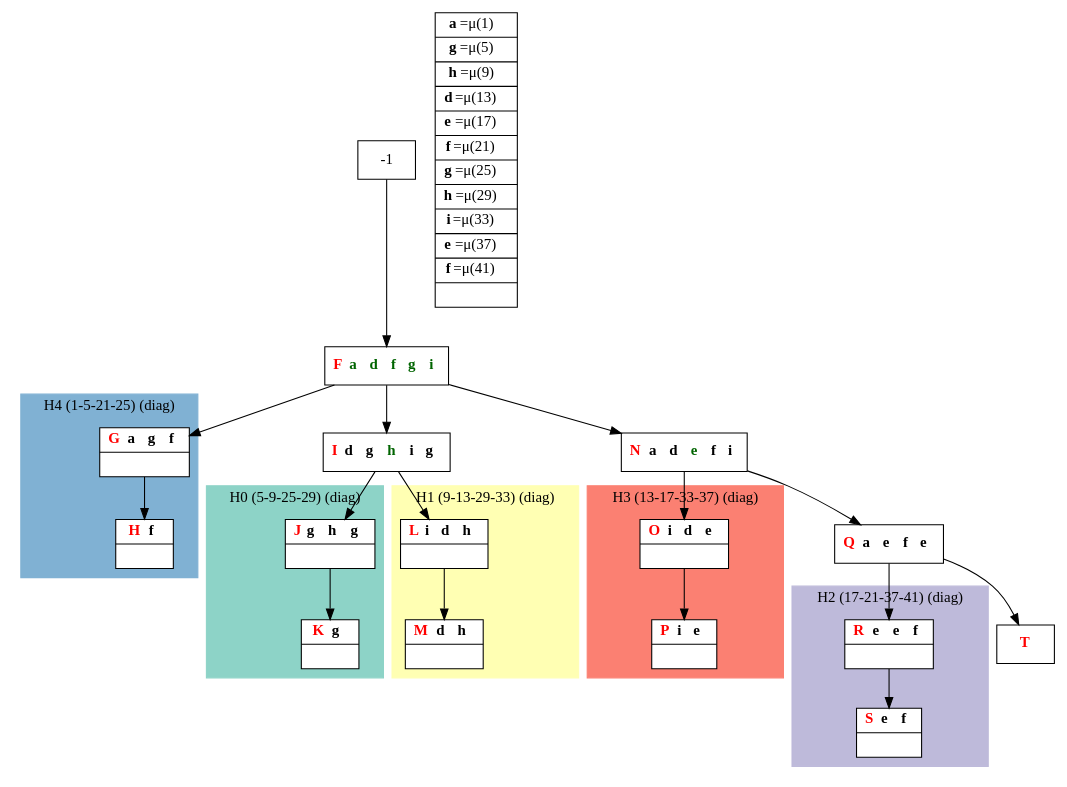
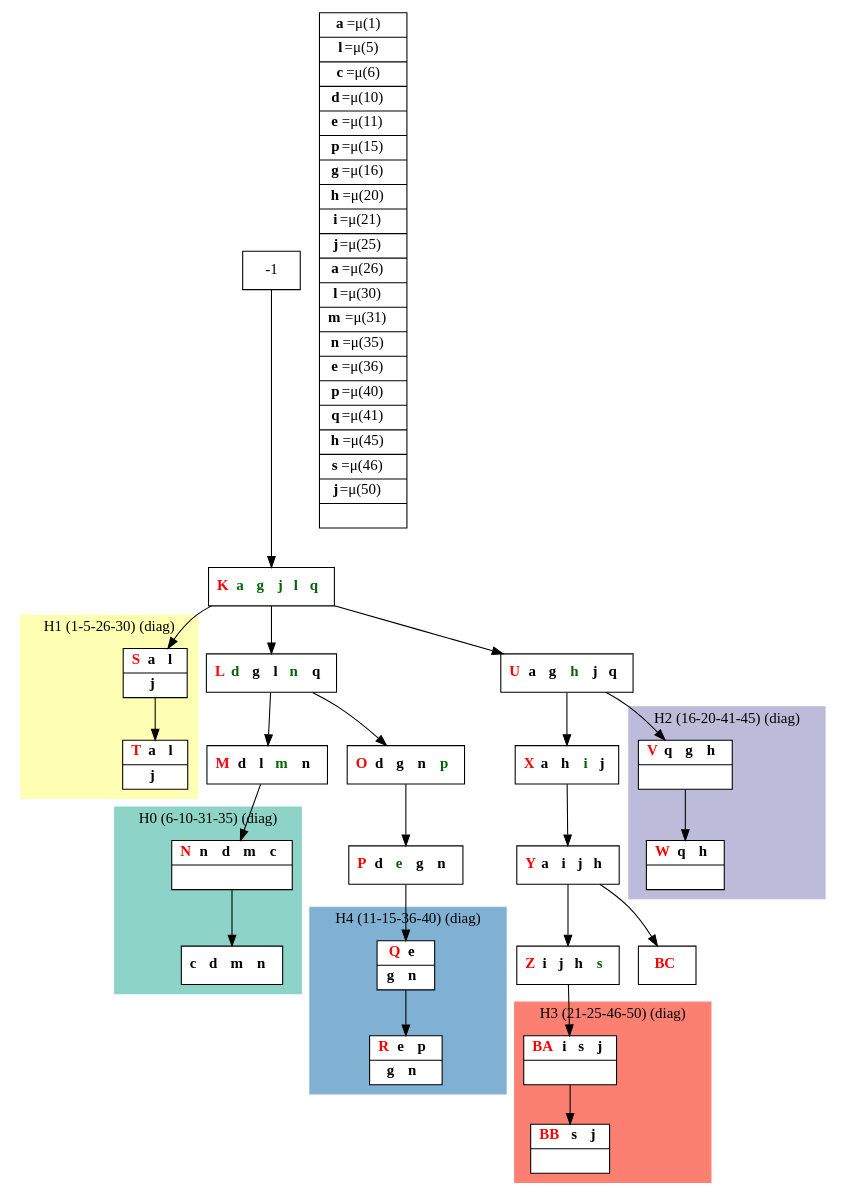
Before and after one commit to bmarchand/auto-dp: the diagram in results/compact_dot_files/compact_K5_letters.dot, drawn with Graphviz. The commit also changed 71 other files, not shown here.

```diff
--- a/results/compact_dot_files/compact_K5_letters.dot
+++ b/results/compact_dot_files/compact_K5_letters.dot
@@ -1,69 +1,79 @@
 digraph G {
     node [shape=box];
     subgraph cluster0 {
         node [style=filled,fillcolor=white];
         labeljust="l";
         style=filled;
         color="#8DD3C7";
         H0_0 -> H0_5;
-        label="H0 (5-9-25-29) (diag)";
+        label="H0 (6-10-31-35) (diag)";
     }
     subgraph cluster1 {
         node [style=filled,fillcolor=white];
         labeljust="l";
         style=filled;
         color="#FFFFB3";
-        H1_0 -> H1_5;
-        label="H1 (9-13-29-33) (diag)";
+        H1_0 -> H1_7;
+        label="H1 (1-5-26-30) (diag)";
     }
     subgraph cluster2 {
         node [style=filled,fillcolor=white];
         labeljust="l";
         style=filled;
         color="#BEBADA";
         H2_0 -> H2_5;
-        label="H2 (17-21-37-41) (diag)";
+        label="H2 (16-20-41-45) (diag)";
     }
     subgraph cluster3 {
         node [style=filled,fillcolor=white];
         labeljust="l";
         style=filled;
         color="#FB8072";
         H3_0 -> H3_5;
-        label="H3 (13-17-33-37) (diag)";
+        label="H3 (21-25-46-50) (diag)";
     }
     subgraph cluster4 {
         node [style=filled,fillcolor=white];
         labeljust="l";
         style=filled;
         color="#80B1D3";
-        H4_0 -> H4_5;
-        label="H4 (1-5-21-25) (diag)";
+        H4_0 -> H4_7;
+        label="H4 (11-15-36-40) (diag)";
     }
-     1 [shape=record,label= <{  <FONT COLOR="RED"><b>F</b></FONT> <b><FONT COLOR="DARKGREEN">a </FONT></b> <b><FONT COLOR="DARKGREEN">d </FONT></b> <b><FONT COLOR="DARKGREEN">f </FONT></b> <b><FONT COLOR="DARKGREEN">g </FONT></b> <b><FONT COLOR="DARKGREEN">i </FONT></b>}> ];
+     1 [shape=record,label= <{  <FONT COLOR="RED"><b>K</b></FONT> <b><FONT COLOR="DARKGREEN">a </FONT></b> <b><FONT COLOR="DARKGREEN">g </FONT></b> <b><FONT COLOR="DARKGREEN">j </FONT></b> <b><FONT COLOR="DARKGREEN">l </FONT></b> <b><FONT COLOR="DARKGREEN">q </FONT></b>}> ];
      -1  ->  1;
-     H4_0 [shape=record,label= <{  <FONT COLOR="RED"><b>G</b></FONT> <b>a </b> <b>g </b> <b>f </b>| }> ];
-     1  ->  H4_0;
-     H4_5 [shape=record,label= <{  <FONT COLOR="RED"><b>H</b></FONT> <b>f </b>| }> ];
-     8 [shape=record,label= <{  <FONT COLOR="RED"><b>I</b></FONT> <b>d </b> <b>g </b> <b><FONT COLOR="DARKGREEN">h </FONT></b> <b>i </b> <b>g </b>}> ];
-     1  ->  8;
-     H0_0 [shape=record,label= <{  <FONT COLOR="RED"><b>J</b></FONT> <b>g </b> <b>h </b> <b>g </b>| }> ];
-     8  ->  H0_0;
-     H0_5 [shape=record,label= <{  <FONT COLOR="RED"><b>K</b></FONT> <b>g </b>| }> ];
-     H1_0 [shape=record,label= <{  <FONT COLOR="RED"><b>L</b></FONT> <b>i </b> <b>d </b> <b>h </b>| }> ];
-     8  ->  H1_0;
-     H1_5 [shape=record,label= <{  <FONT COLOR="RED"><b>M</b></FONT> <b>d </b> <b>h </b>| }> ];
-     21 [shape=record,label= <{  <FONT COLOR="RED"><b>N</b></FONT> <b>a </b> <b>d </b> <b><FONT COLOR="DARKGREEN">e </FONT></b> <b>f </b> <b>i </b>}> ];
-     1  ->  21;
-     H3_0 [shape=record,label= <{  <FONT COLOR="RED"><b>O</b></FONT> <b>i </b> <b>d </b> <b>e </b>| }> ];
-     21  ->  H3_0;
-     H3_5 [shape=record,label= <{  <FONT COLOR="RED"><b>P</b></FONT> <b>i </b> <b>e </b>| }> ];
-     30 [shape=record,label= <{  <FONT COLOR="RED"><b>Q</b></FONT> <b>a </b> <b>e </b> <b>f </b> <b>e </b>}> ];
-     21  ->  30;
-     H2_0 [shape=record,label= <{  <FONT COLOR="RED"><b>R</b></FONT> <b>e </b> <b>e </b> <b>f </b>| }> ];
-     30  ->  H2_0;
-     H2_5 [shape=record,label= <{  <FONT COLOR="RED"><b>S</b></FONT> <b>e </b> <b>f </b>| }> ];
-     _1 [shape=record,label= <{  <FONT COLOR="RED"><b>T</b></FONT>}> ];
-     30  ->  _1;
-    labels [shape=record,label= <{<b>a</b>=&#956;(1) | <b>g</b>=&#956;(5) | <b>h</b>=&#956;(9) | <b>d</b>=&#956;(13) | <b>e</b>=&#956;(17) | <b>f</b>=&#956;(21) | <b>g</b>=&#956;(25) | <b>h</b>=&#956;(29) | <b>i</b>=&#956;(33) | <b>e</b>=&#956;(37) | <b>f</b>=&#956;(41) | }> ];
+     10 [shape=record,label= <{  <FONT COLOR="RED"><b>L</b></FONT> <b><FONT COLOR="DARKGREEN">d </FONT></b> <b>g </b> <b>l </b> <b><FONT COLOR="DARKGREEN">n </FONT></b> <b>q </b>}> ];
+     1  ->  10;
+     11 [shape=record,label= <{  <FONT COLOR="RED"><b>M</b></FONT> <b>d </b> <b>l </b> <b><FONT COLOR="DARKGREEN">m </FONT></b> <b>n </b>}> ];
+     10  ->  11;
+     H0_0 [shape=record,label= <{  <FONT COLOR="RED"><b>N</b></FONT> <b>n </b> <b>d </b> <b>m </b> <b>c </b>| }> ];
+     11  ->  H0_0;
+     H0_5 [shape=record,label= <{ <b>c </b> <b>d </b> <b>m </b> <b>n </b>}> ];
+     18 [shape=record,label= <{  <FONT COLOR="RED"><b>O</b></FONT> <b>d </b> <b>g </b> <b>n </b> <b><FONT COLOR="DARKGREEN">p </FONT></b>}> ];
+     10  ->  18;
+     19 [shape=record,label= <{  <FONT COLOR="RED"><b>P</b></FONT> <b>d </b> <b><FONT COLOR="DARKGREEN">e </FONT></b> <b>g </b> <b>n </b>}> ];
+     18  ->  19;
+     H4_0 [shape=record,label= <{  <FONT COLOR="RED"><b>Q</b></FONT> <b>e </b>|  <b>g </b> <b>n </b>}> ];
+     19  ->  H4_0;
+     H4_7 [shape=record,label= <{  <FONT COLOR="RED"><b>R</b></FONT> <b>e </b> <b>p </b>|  <b>g </b> <b>n </b>}> ];
+     H1_0 [shape=record,label= <{  <FONT COLOR="RED"><b>S</b></FONT> <b>a </b> <b>l </b>|  <b>j </b>}> ];
+     1  ->  H1_0;
+     H1_7 [shape=record,label= <{  <FONT COLOR="RED"><b>T</b></FONT> <b>a </b> <b>l </b>|  <b>j </b>}> ];
+     28 [shape=record,label= <{  <FONT COLOR="RED"><b>U</b></FONT> <b>a </b> <b>g </b> <b><FONT COLOR="DARKGREEN">h </FONT></b> <b>j </b> <b>q </b>}> ];
+     1  ->  28;
+     H2_0 [shape=record,label= <{  <FONT COLOR="RED"><b>V</b></FONT> <b>q </b> <b>g </b> <b>h </b>| }> ];
+     28  ->  H2_0;
+     H2_5 [shape=record,label= <{  <FONT COLOR="RED"><b>W</b></FONT> <b>q </b> <b>h </b>| }> ];
+     35 [shape=record,label= <{  <FONT COLOR="RED"><b>X</b></FONT> <b>a </b> <b>h </b> <b><FONT COLOR="DARKGREEN">i </FONT></b> <b>j </b>}> ];
+     28  ->  35;
+     36 [shape=record,label= <{  <FONT COLOR="RED"><b>Y</b></FONT> <b>a </b> <b>i </b> <b>j </b> <b>h </b>}> ];
+     35  ->  36;
+     39 [shape=record,label= <{  <FONT COLOR="RED"><b>Z</b></FONT> <b>i </b> <b>j </b> <b>h </b> <b><FONT COLOR="DARKGREEN">s </FONT></b>}> ];
+     36  ->  39;
+     H3_0 [shape=record,label= <{  <FONT COLOR="RED"><b>BA</b></FONT> <b>i </b> <b>s </b> <b>j </b>| }> ];
+     39  ->  H3_0;
+     H3_5 [shape=record,label= <{  <FONT COLOR="RED"><b>BB</b></FONT> <b>s </b> <b>j </b>| }> ];
+     _1 [shape=record,label= <{  <FONT COLOR="RED"><b>BC</b></FONT>}> ];
+     36  ->  _1;
+    labels [shape=record,label= <{<b>a</b>=&#956;(1) | <b>l</b>=&#956;(5) | <b>c</b>=&#956;(6) | <b>d</b>=&#956;(10) | <b>e</b>=&#956;(11) | <b>p</b>=&#956;(15) | <b>g</b>=&#956;(16) | <b>h</b>=&#956;(20) | <b>i</b>=&#956;(21) | <b>j</b>=&#956;(25) | <b>a</b>=&#956;(26) | <b>l</b>=&#956;(30) | <b>m</b>=&#956;(31) | <b>n</b>=&#956;(35) | <b>e</b>=&#956;(36) | <b>p</b>=&#956;(40) | <b>q</b>=&#956;(41) | <b>h</b>=&#956;(45) | <b>s</b>=&#956;(46) | <b>j</b>=&#956;(50) | }> ];
 }
```
